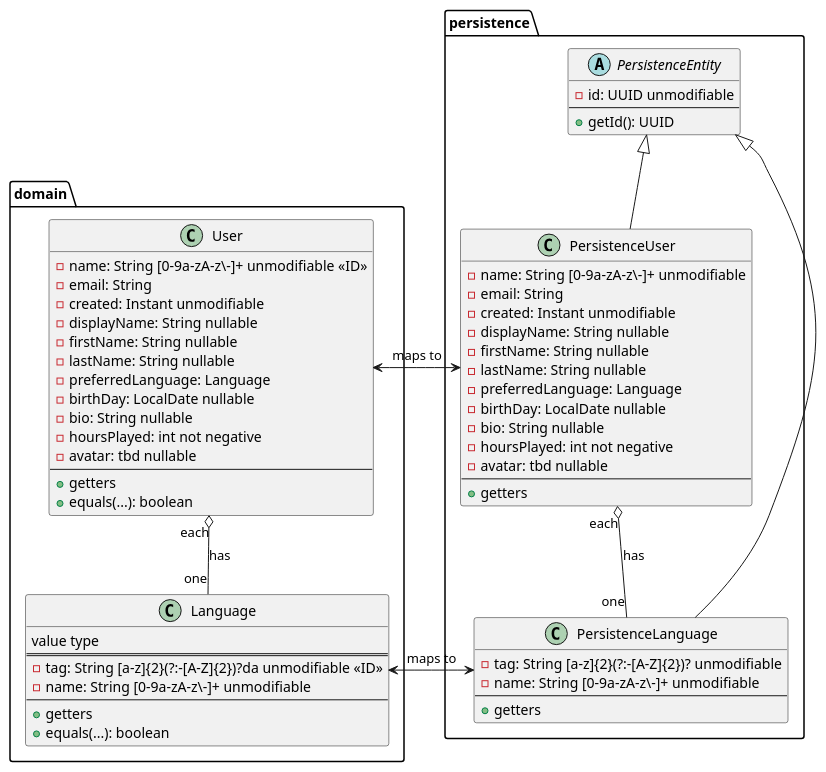
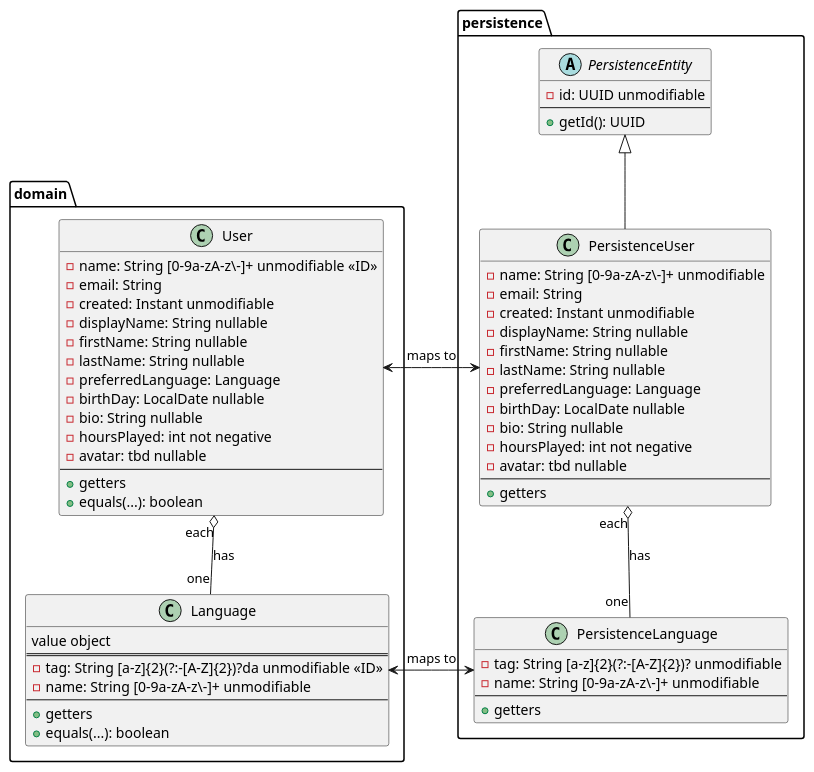
The diagram in doc/datamodel/UML.puml (turing85/untitled-rpg-webapp), drawn with PlantUML before and after one commit. The commit also changed 2 other files, not shown here.

```diff
--- a/doc/datamodel/UML.puml
+++ b/doc/datamodel/UML.puml
@@ -1,76 +1,74 @@
 @startuml
 
 package domain {
 
     class User {
         {field} - name: String [0-9a-zA-z\-]+ unmodifiable <<ID>>
         {field} - email: String
         {field} - created: Instant unmodifiable
         {field} - displayName: String nullable
         {field} - firstName: String nullable
         {field} - lastName: String nullable
         {field} - preferredLanguage: Language
         {field} - birthDay: LocalDate nullable
         {field} - bio: String nullable
         {field} - hoursPlayed: int not negative
         {field} - avatar: tbd nullable
-        ---
+        --
         {method}+ getters
         {method}+ equals(...): boolean
     }
 
     class Language {
-        value type
-        ===
+        value object
+        ==
         {field} - tag: String [a-z]{2}(?:-[A-Z]{2})?da unmodifiable <<ID>>
         {field} - name: String [0-9a-zA-z\-]+ unmodifiable
-        ---
+        --
         {method} + getters
         {method} + equals(...): boolean
     }
 }
 
 package persistence {
 
     abstract class PersistenceEntity {
         {field} - id: UUID unmodifiable
-        ---
+        --
         {method} + getId(): UUID
     }
 
     class PersistenceUser {
         {field} - name: String [0-9a-zA-z\-]+ unmodifiable
         {field} - email: String
         {field} - created: Instant unmodifiable
         {field} - displayName: String nullable
         {field} - firstName: String nullable
         {field} - lastName: String nullable
         {field} - preferredLanguage: Language
         {field} - birthDay: LocalDate nullable
         {field} - bio: String nullable
         {field} - hoursPlayed: int not negative
         {field} - avatar: tbd nullable
-        ---
+        --
         {method}+ getters
     }
 
     class PersistenceLanguage {
         {field} - tag: String [a-z]{2}(?:-[A-Z]{2})? unmodifiable
         {field} - name: String [0-9a-zA-z\-]+ unmodifiable
-        ---
+        --
         {method} + getters
     }
 
 }
 
 User "each" o-down- "one" Language:  has
 
 PersistenceEntity <|-- PersistenceUser
-PersistenceEntity <|-- PersistenceLanguage
 PersistenceUser "each" o-- "one" PersistenceLanguage: has
-
 
 PersistenceUser <-left-> User: maps to
 PersistenceLanguage <-left-> Language: maps to
 
 @enduml
```
